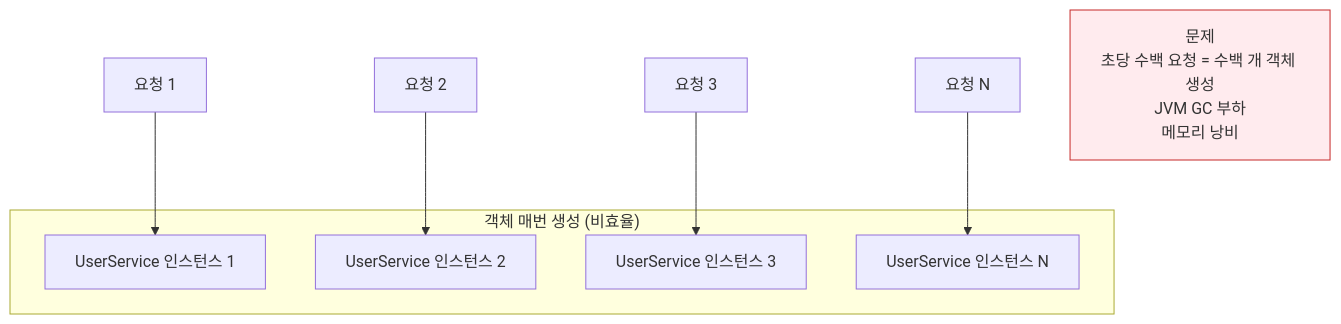
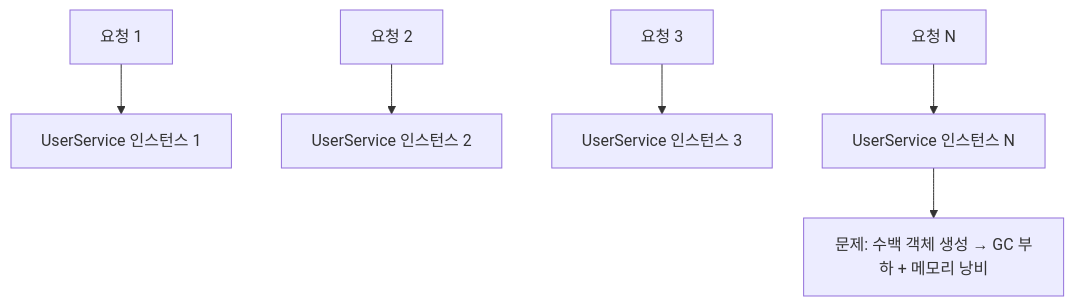
One commit to yjkim2015/yjkim2015.github.io changed the first of 6 diagrams in _posts/spring/2022-06-16-싱글톤 레지스트리와 오브젝트 스코프.md. Above: the diagram before and after it, drawn with Mermaid. The commit also changed other lines of this file and 215 other files, not shown here.

First line of the commit message:
신규 포스트 10개 추가 + Mermaid 전면 축소 + SystemDesign 시리즈 보강

````diff
--- a/_posts/spring/2022-06-16-싱글톤 레지스트리와 오브젝트 스코프.md
+++ b/_posts/spring/2022-06-16-싱글톤 레지스트리와 오브젝트 스코프.md
@@ -21,23 +21,8 @@
 ```mermaid
 graph TD
-    REQ1["요청 1"]
-    REQ2["요청 2"]
-    REQ3["요청 3"]
-    REQ_N["요청 N"]
-
-    subgraph "객체 매번 생성 (비효율)"
-        OBJ1["UserService 인스턴스 1"]
-        OBJ2["UserService 인스턴스 2"]
-        OBJ3["UserService 인스턴스 3"]
-        OBJ_N["UserService 인스턴스 N"]
-    end
-
-    REQ1 --> OBJ1
-    REQ2 --> OBJ2
-    REQ3 --> OBJ3
-    REQ_N --> OBJ_N
-
-    PROBLEM["문제\n초당 수백 요청 = 수백 개 객체 생성\nJVM GC 부하\n메모리 낭비"]
-
-    style PROBLEM fill:#ffebee,stroke:#c62828
+    REQ1["요청 1"] --> OBJ1["UserService 인스턴스 1"]
+    REQ2["요청 2"] --> OBJ2["UserService 인스턴스 2"]
+    REQ3["요청 3"] --> OBJ3["UserService 인스턴스 3"]
+    REQ_N["요청 N"] --> OBJ_N["UserService 인스턴스 N"]
+    OBJ_N --> PROBLEM["문제: 수백 객체 생성 → GC 부하 + 메모리 낭비"]
 ```
````
